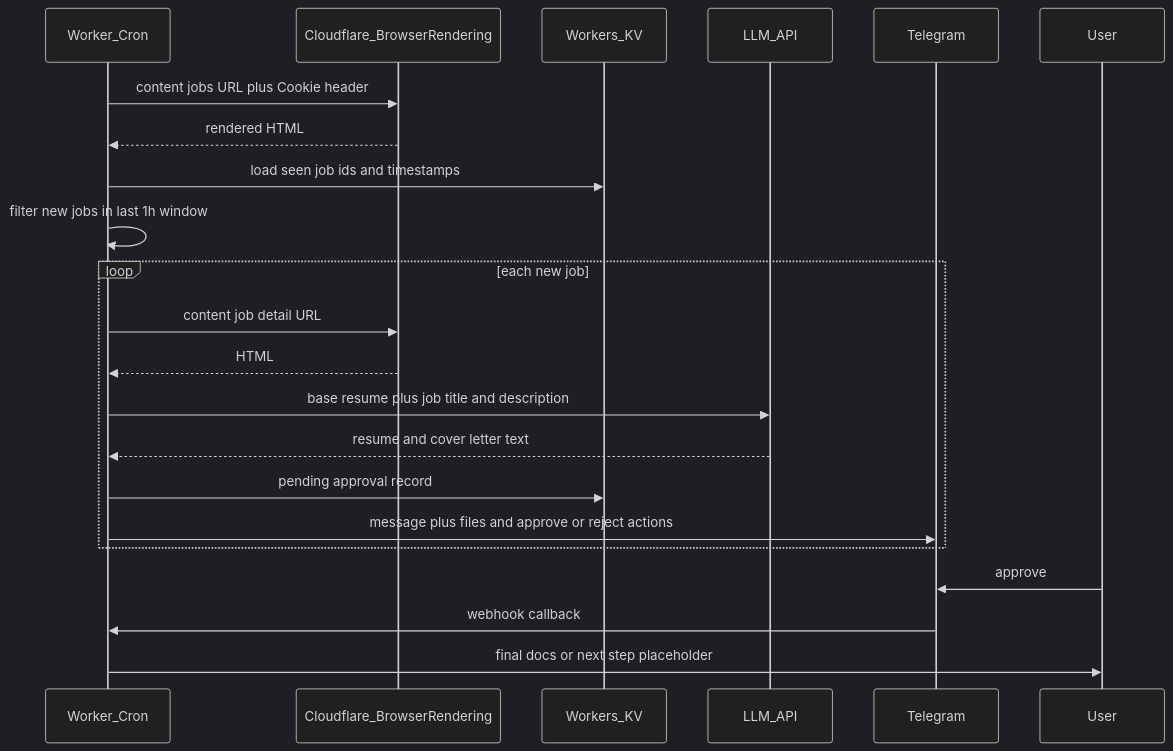
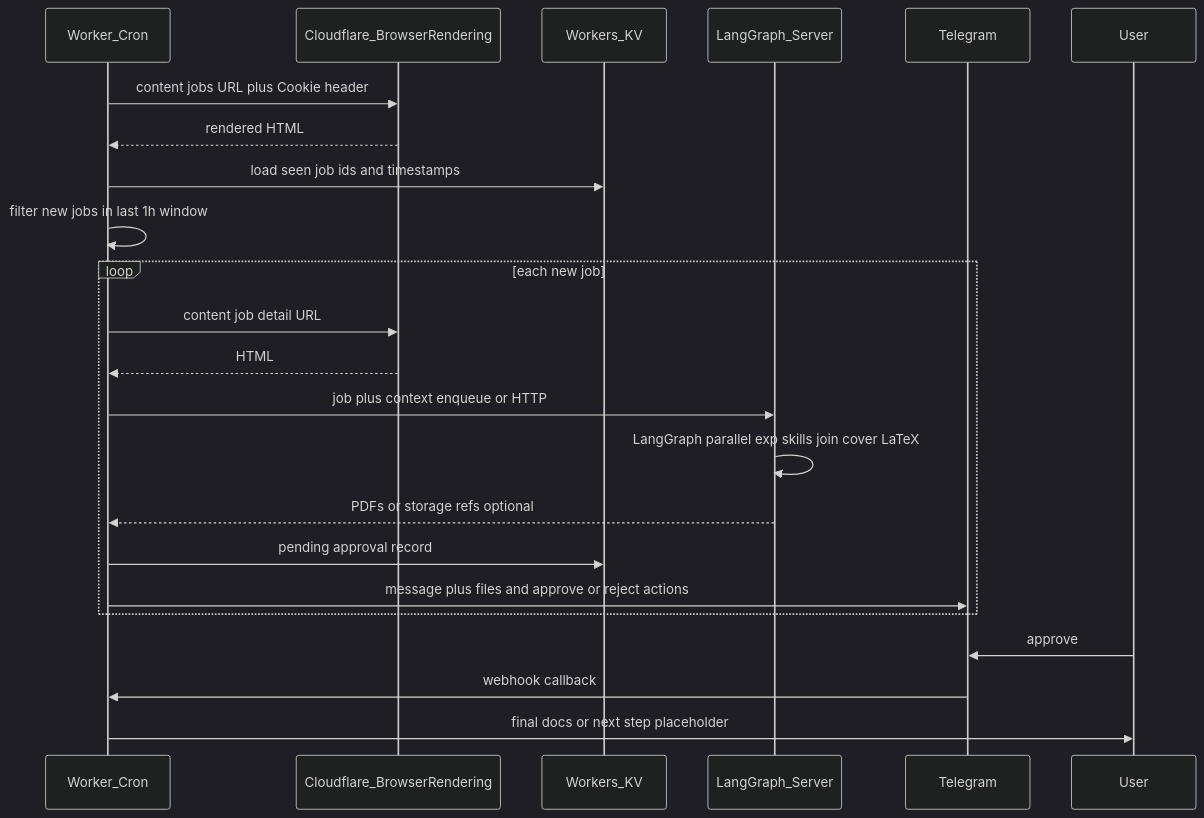
Before and after one commit to itsmrhem/apper: the second of 2 diagrams in README.md, drawn with Mermaid (dark theme). The commit also changed other lines of this file and 1 other file, not shown here.

````diff
--- a/README.md
+++ b/README.md
@@ -19,25 +54,26 @@
 ```mermaid
 sequenceDiagram
   participant Cron as Worker_Cron
   participant BR as Cloudflare_BrowserRendering
   participant KV as Workers_KV
-  participant LLM as LLM_API
+  participant Server as LangGraph_Server
   participant TG as Telegram
   participant You as User
 
   Cron->>BR: content jobs URL plus Cookie header
   BR-->>Cron: rendered HTML
   Cron->>KV: load seen job ids and timestamps
   Cron->>Cron: filter new jobs in last 1h window
   loop each new job
     Cron->>BR: content job detail URL
     BR-->>Cron: HTML
-    Cron->>LLM: base resume plus job title and description
-    LLM-->>Cron: resume and cover letter text
+    Cron->>Server: job plus context enqueue or HTTP
+    Server->>Server: LangGraph parallel exp skills join cover LaTeX
+    Server-->>Cron: PDFs or storage refs optional
     Cron->>KV: pending approval record
     Cron->>TG: message plus files and approve or reject actions
   end
   You->>TG: approve
   TG->>Cron: webhook callback
   Cron->>You: final docs or next step placeholder
 ```
````
